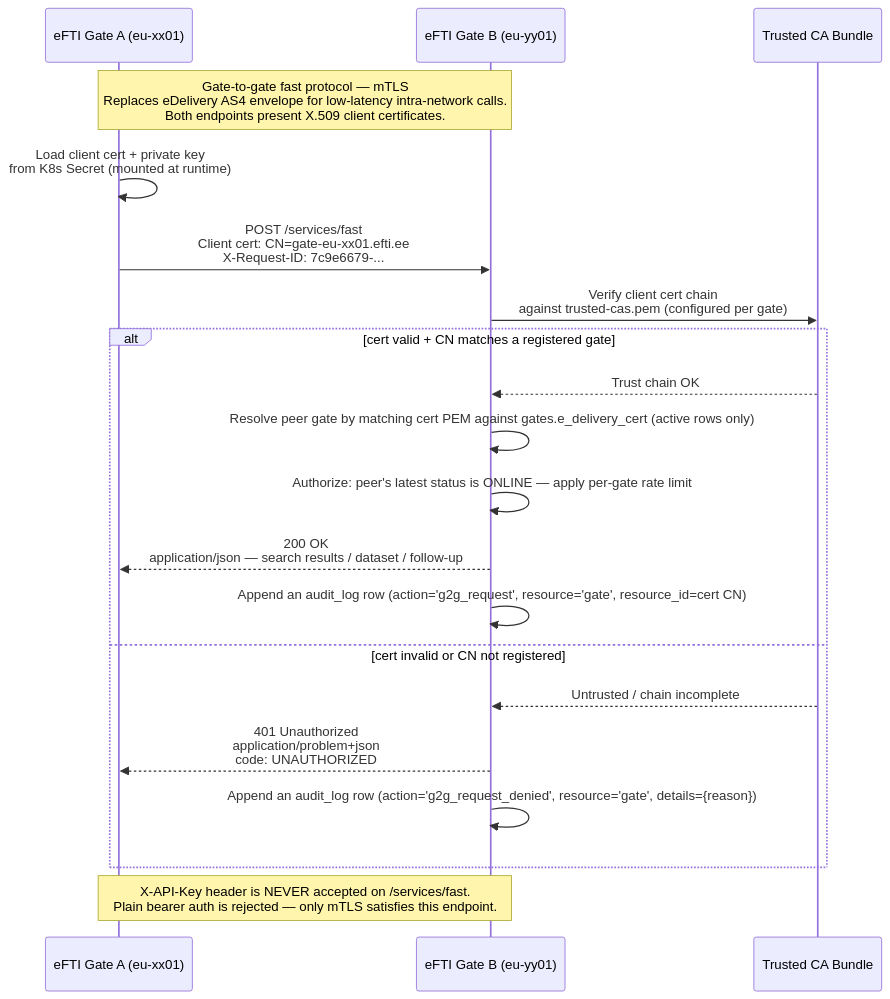
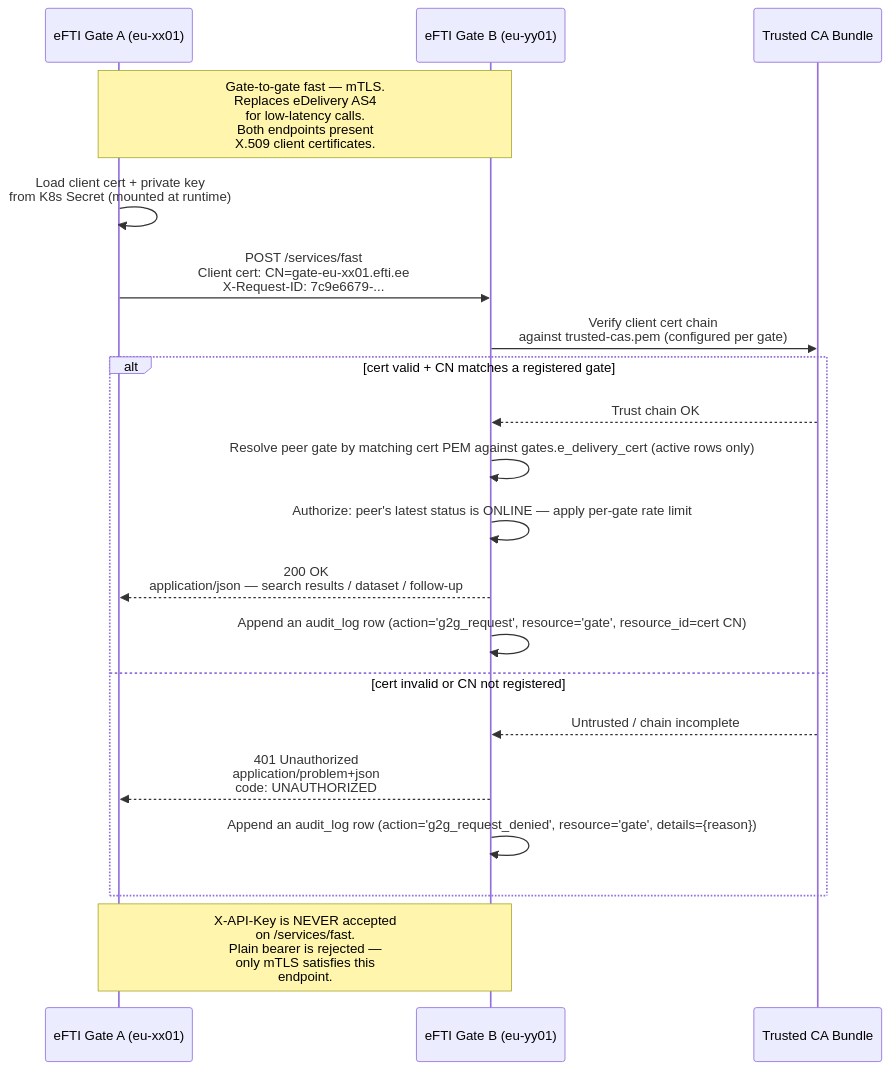
One commit to kemit-ee/efti-gate-ee changed the diagram in docs/specs/diagrams/seq-16-mtls-fast-protocol.mmd. Above: the diagram before and after it, drawn with Mermaid. The commit also changed 15 other files, not shown here.

First line of the commit message:
docs(diagrams): tighten notes in 16 sequence diagrams to ≤ 25 chars per line

```diff
--- a/docs/specs/diagrams/seq-16-mtls-fast-protocol.mmd
+++ b/docs/specs/diagrams/seq-16-mtls-fast-protocol.mmd
@@ -1,24 +1,24 @@
 sequenceDiagram
     participant GateA as eFTI Gate A (eu-xx01)
     participant GateB as eFTI Gate B (eu-yy01)
     participant CA as Trusted CA Bundle
 
-    Note over GateA,GateB: Gate-to-gate fast protocol — mTLS<br/>Replaces eDelivery AS4 envelope for low-latency intra-network calls.<br/>Both endpoints present X.509 client certificates.
+    Note over GateA,GateB: Gate-to-gate fast — mTLS.<br/>Replaces eDelivery AS4<br/>for low-latency calls.<br/>Both endpoints present<br/>X.509 client certificates.
 
     GateA->>GateA: Load client cert + private key<br/>from K8s Secret (mounted at runtime)
     GateA->>GateB: POST /services/fast<br/>Client cert: CN=gate-eu-xx01.efti.ee<br/>X-Request-ID: 7c9e6679-...
 
     GateB->>CA: Verify client cert chain<br/>against trusted-cas.pem (configured per gate)
     alt cert valid + CN matches a registered gate
         CA-->>GateB: Trust chain OK
         GateB->>GateB: Resolve peer gate by matching cert PEM against gates.e_delivery_cert (active rows only)
         GateB->>GateB: Authorize: peer's latest status is ONLINE — apply per-gate rate limit
         GateB-->>GateA: 200 OK<br/>application/json — search results / dataset / follow-up
         GateB->>GateB: Append an audit_log row (action='g2g_request', resource='gate', resource_id=cert CN)
     else cert invalid or CN not registered
         CA-->>GateB: Untrusted / chain incomplete
         GateB-->>GateA: 401 Unauthorized<br/>application/problem+json<br/>code: UNAUTHORIZED
         GateB->>GateB: Append an audit_log row (action='g2g_request_denied', resource='gate', details={reason})
     end
 
-    Note over GateA,GateB: X-API-Key header is NEVER accepted on /services/fast.<br/>Plain bearer auth is rejected — only mTLS satisfies this endpoint.
+    Note over GateA,GateB: X-API-Key is NEVER accepted<br/>on /services/fast.<br/>Plain bearer is rejected —<br/>only mTLS satisfies this<br/>endpoint.
```
